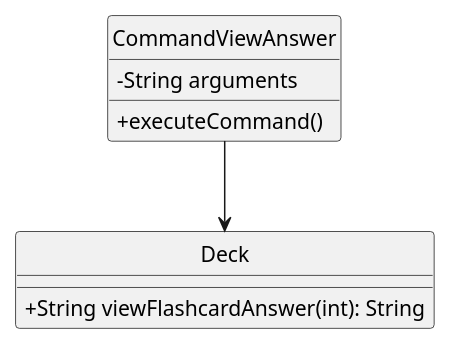
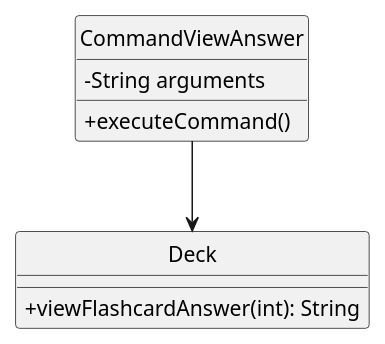
One commit to felfelyuen/tp changed the diagram in docs/diagrams/ViewAnsClassDiagram.puml. Above: the diagram before and after it, drawn with PlantUML. The commit also changed 9 other files, not shown here.

Commit message:
editedn diagrams and added tests for saving and loading

```diff
--- a/docs/diagrams/ViewAnsClassDiagram.puml
+++ b/docs/diagrams/ViewAnsClassDiagram.puml
@@ -1,14 +1,14 @@
 @startuml
 hide circle
 skinparam classAttributeIconSize 0
 class CommandViewAnswer {
   - String arguments
   + executeCommand()
 }
 
 class Deck {
-  + String viewFlashcardAnswer(int): String
+  + viewFlashcardAnswer(int): String
 }
 
 CommandViewAnswer --> Deck
 @enduml
```
